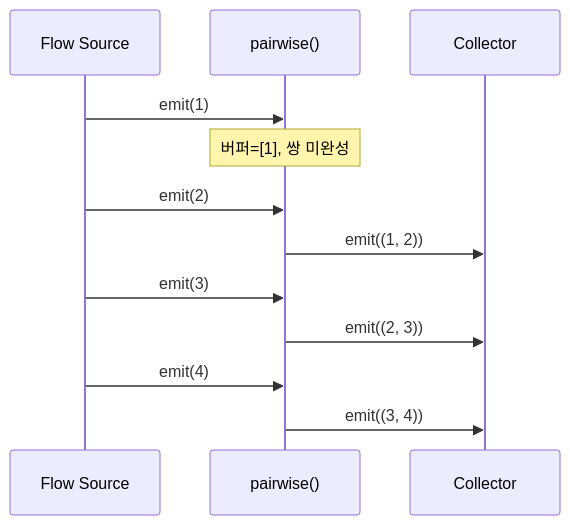
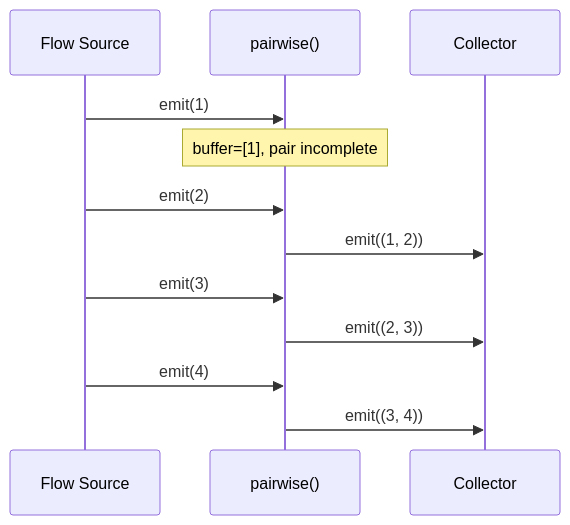
One commit to bluetape4k/bluetape4k-projects changed diagram 13 of 15 in bluetape4k/coroutines/README.md. Above: the diagram before and after it, drawn with Mermaid. The commit also changed other lines of this file and 265 other files, not shown here.

````diff
--- a/bluetape4k/coroutines/README.md
+++ b/bluetape4k/coroutines/README.md
@@ -515,14 +517,14 @@
 ```mermaid
 sequenceDiagram
     participant S as Flow Source
     participant P as pairwise()
     participant R as Collector
     S ->> P: emit(1)
-    Note over P: 버퍼=[1], 쌍 미완성
+    Note over P: buffer=[1], pair incomplete
     S ->> P: emit(2)
     P ->> R: emit((1, 2))
     S ->> P: emit(3)
     P ->> R: emit((2, 3))
     S ->> P: emit(4)
     P ->> R: emit((3, 4))
 ```
````
